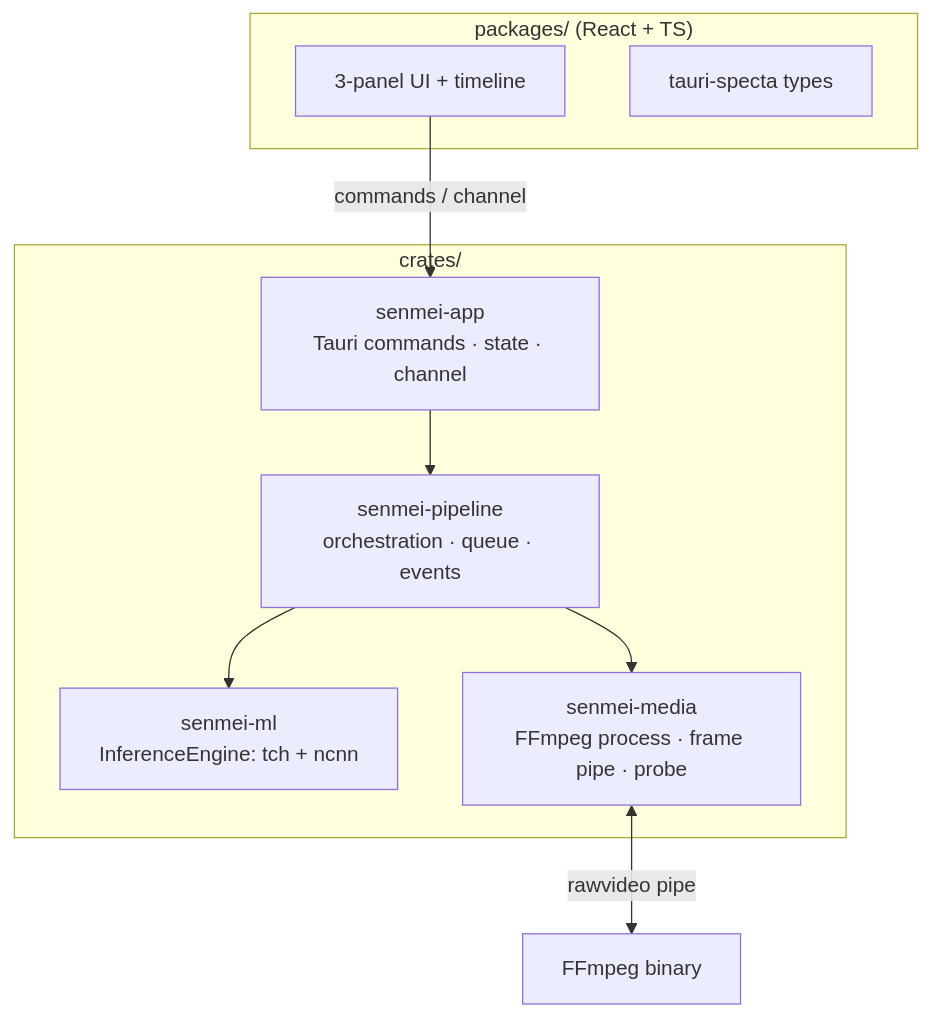
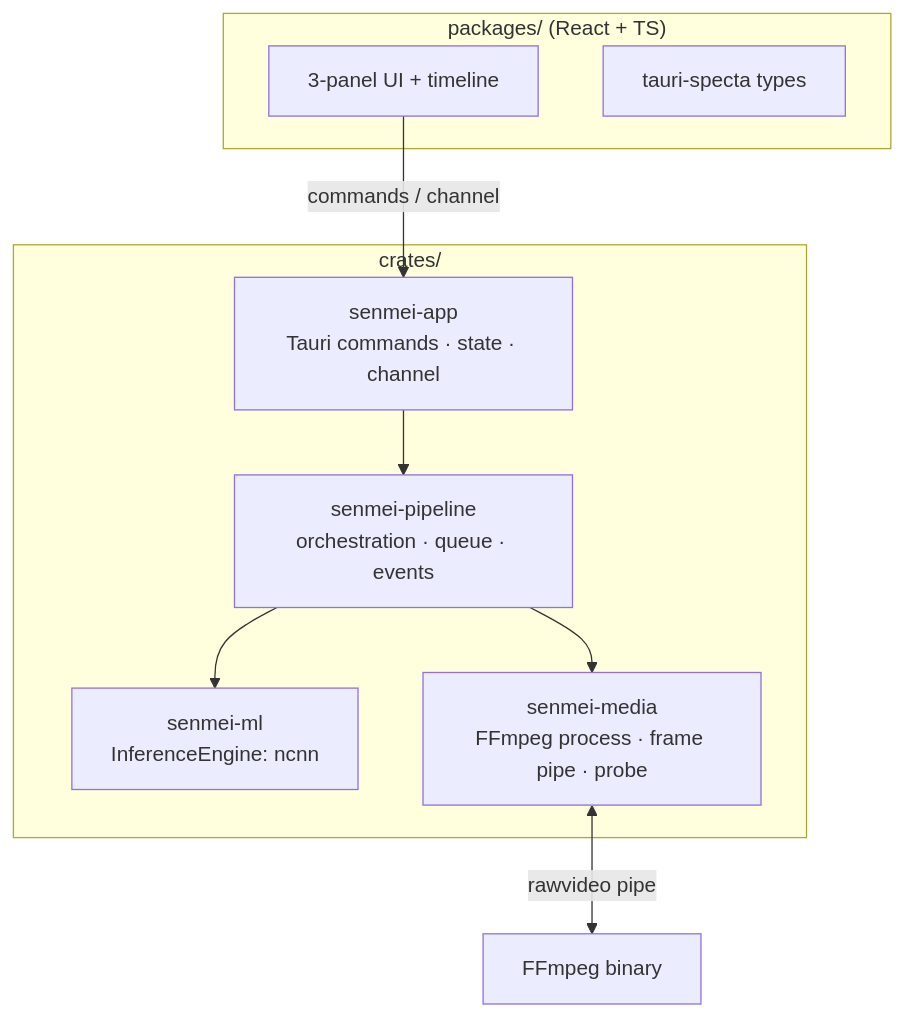
Before and after one commit to senmei-app/senmei: the second of 3 diagrams in docs/PLAN.md, drawn with Mermaid. The commit also changed other lines of this file and 14 other files, not shown here.

First line of the commit message:
refactor: drop libtorch/torch in favor of ncnn-only inference

````diff
--- a/docs/PLAN.md
+++ b/docs/PLAN.md
@@ -92,22 +92,22 @@
 ```mermaid
 flowchart TB
     subgraph Frontend["packages/ (React + TS)"]
         UI[3-panel UI + timeline]
         BRIDGE[tauri-specta types]
     end
 
     subgraph Rust["crates/"]
         APP[senmei-app<br/>Tauri commands · state · channel]
         PIPE[senmei-pipeline<br/>orchestration · queue · events]
-        ML[senmei-ml<br/>InferenceEngine: tch + ncnn]
+        ML[senmei-ml<br/>InferenceEngine: ncnn]
         MEDIA[senmei-media<br/>FFmpeg process · frame pipe · probe]
     end
 
     FF[FFmpeg binary]
 
     UI -->|commands / channel| APP
     APP --> PIPE
     PIPE --> ML
     PIPE --> MEDIA
     MEDIA <-->|rawvideo pipe| FF
 ```
````
